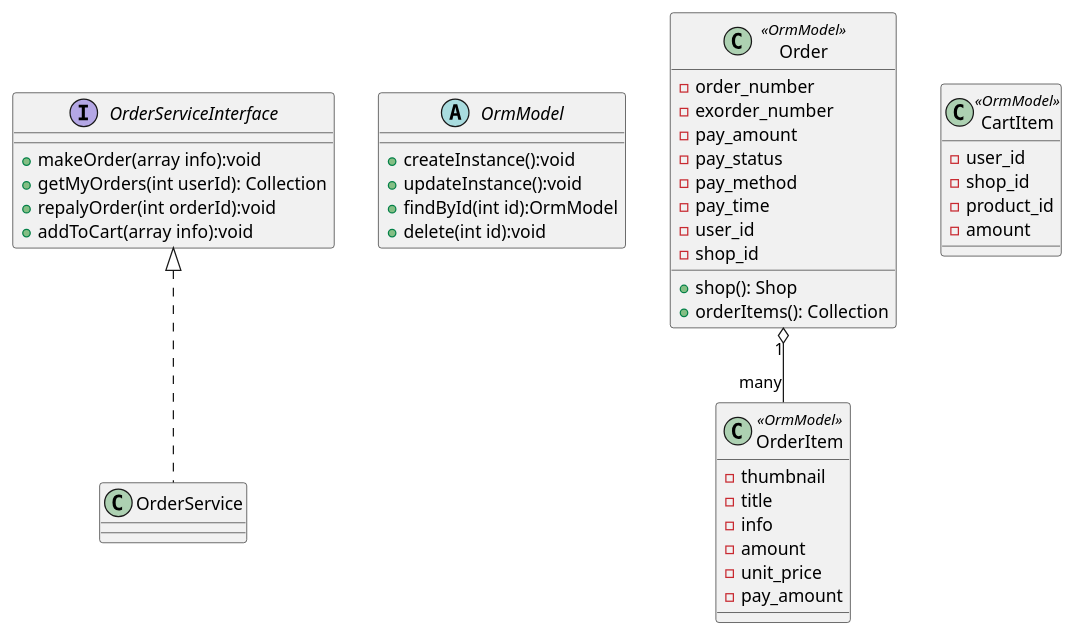
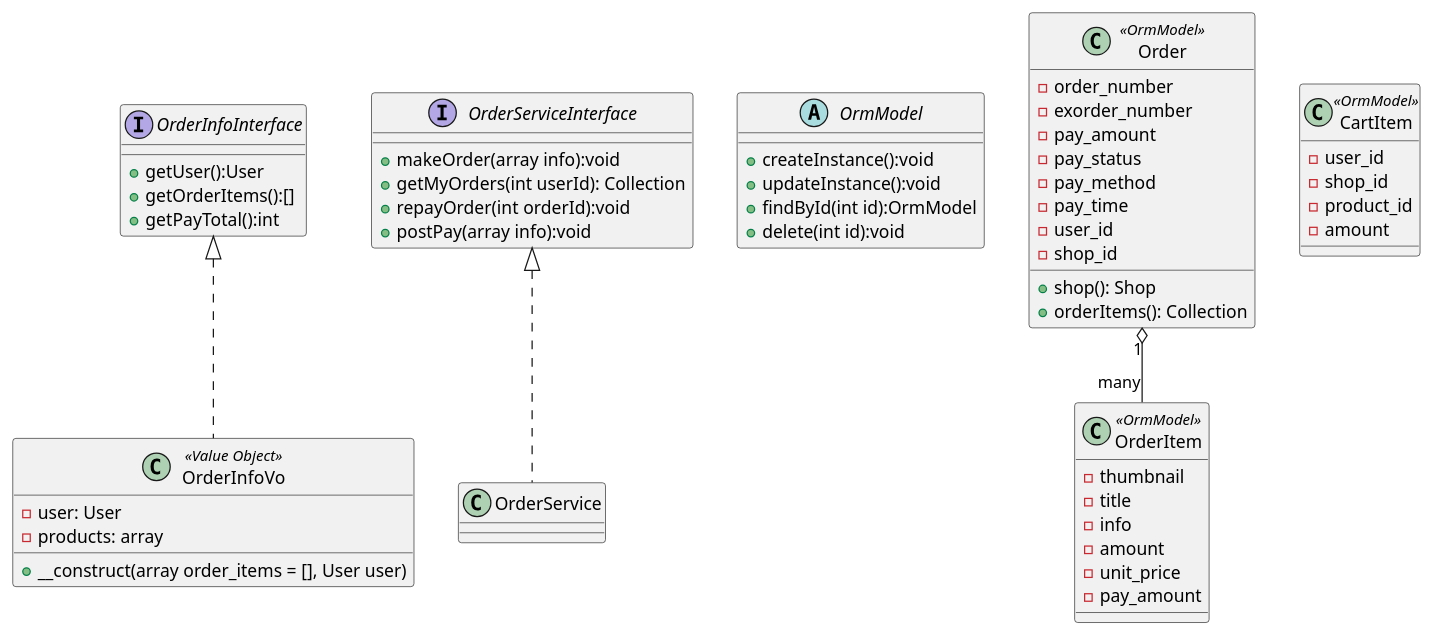
One commit to rockysynergy/laravel-yacommerce changed the first of 2 diagrams in docs/Order.wsd. Above: the diagram before and after it, drawn with PlantUML. The commit also changed 7 other files, not shown here.

```diff
--- a/docs/Order.wsd
+++ b/docs/Order.wsd
@@ -1,45 +1,58 @@
 @startuml Order-class
+Interface OrderInfoInterface {
+    +getUser():User
+    +getOrderItems():[]
+    +getPayTotal():int
+}
+
+Class OrderInfoVo <<Value Object>> {
+    -user: User
+    -products: array
+    +__construct(array order_items = [], User user)
+}
+
 Interface OrderServiceInterface {
     +makeOrder(array info):void
     +getMyOrders(int userId): Collection
-    +repalyOrder(int orderId):void
-    +addToCart(array info):void
+    +repayOrder(int orderId):void
+    +postPay(array info):void
 }
 
 
 abstract OrmModel {
     +createInstance():void
     +updateInstance():void
     +findById(int id):OrmModel
     +delete(int id):void
 }
 class Order <<OrmModel>> {
     -order_number
     -exorder_number
     -pay_amount
     -pay_status
     -pay_method
     -pay_time
     -user_id
     -shop_id
     +shop(): Shop
     +orderItems(): Collection
 }
 class OrderItem <<OrmModel>> {
     -thumbnail
     -title
     -info
     -amount
     -unit_price
     -pay_amount
 }
 class CartItem <<OrmModel>> {
     -user_id
     -shop_id
     -product_id
     -amount
 }
 
 OrderServiceInterface <|.. OrderService
 Order "1" o-- "many" OrderItem
+OrderInfoInterface <|.. OrderInfoVo
 @enduml
```
